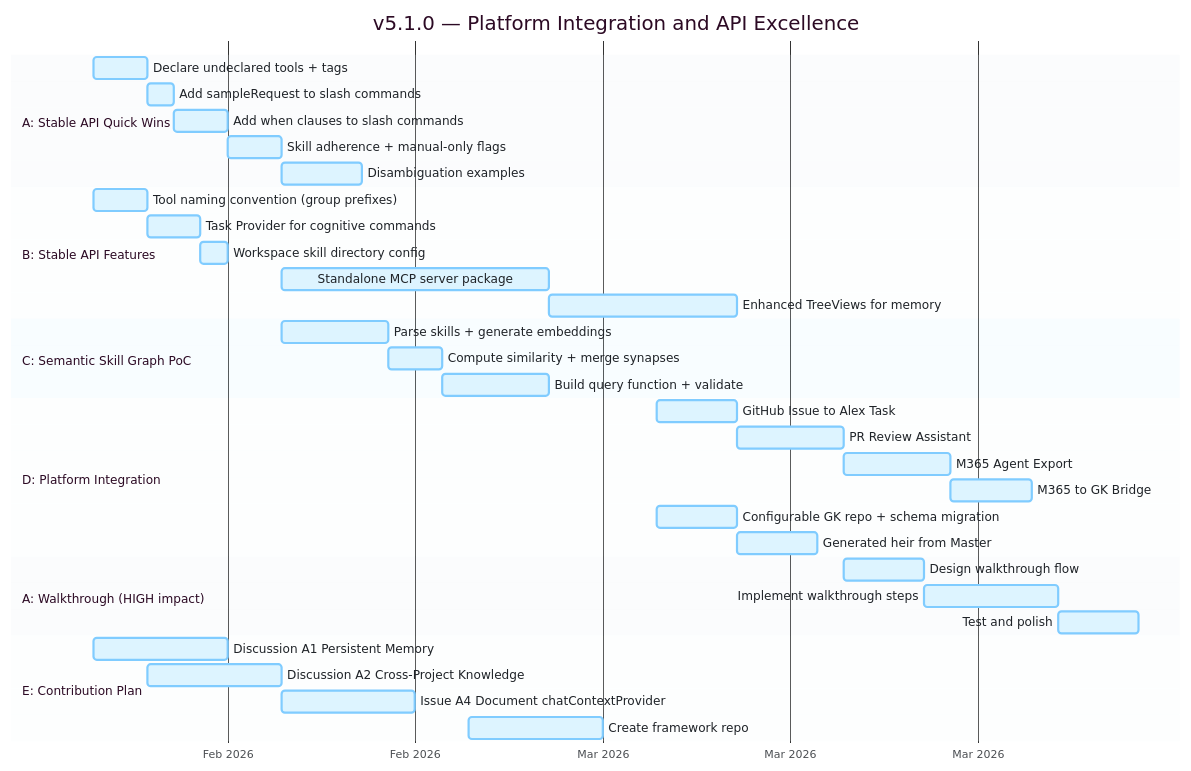
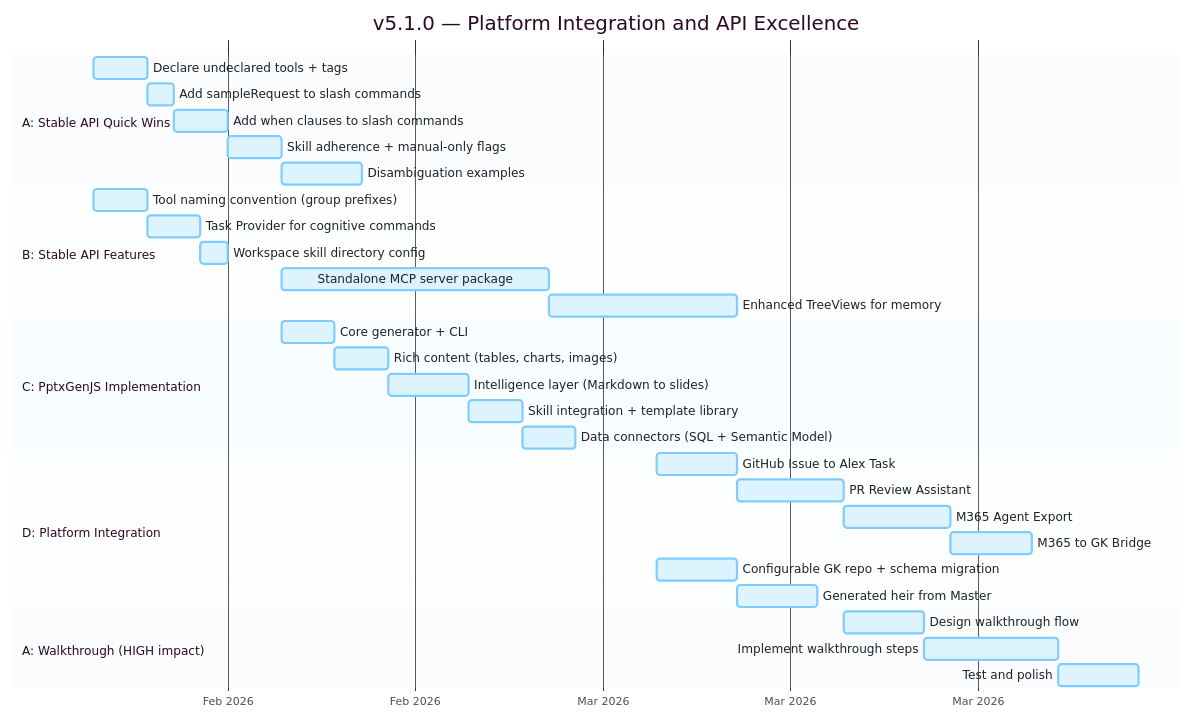
One commit to fabioc-aloha/Alex_Plug_In changed the second of 7 diagrams in ROADMAP-UNIFIED.md. Above: the diagram before and after it, drawn with Mermaid. The commit also changed other lines of this file and 82 other files, not shown here.

````diff
--- a/ROADMAP-UNIFIED.md
+++ b/ROADMAP-UNIFIED.md
@@ -251,45 +280,42 @@
 ```mermaid
 %%{init: {'theme': 'base', 'themeVariables': { 'primaryColor': '#ddf4ff', 'primaryTextColor': '#1f2328', 'primaryBorderColor': '#80ccff', 'secondaryColor': '#fff8c5', 'tertiaryColor': '#d3f5db', 'lineColor': '#57606a', 'taskTextColor': '#1f2328', 'sectionBkgColor': '#eaeef2', 'altSectionBkgColor': '#f6f8fa', 'gridColor': '#d0d7de', 'doneColor': '#d3f5db', 'activeColor': '#fff8c5', 'critColor': '#ffebe9'}}}%%
 gantt
     title v5.1.0 — Platform Integration and API Excellence
     dateFormat YYYY-MM-DD
     axisFormat %b %Y
 
     section A: Stable API Quick Wins
     Declare undeclared tools + tags          :a1, 2026-02-10, 2d
     Add sampleRequest to slash commands      :a2, after a1, 1d
     Add when clauses to slash commands       :a3, after a2, 2d
     Skill adherence + manual-only flags      :a4, after a3, 2d
     Disambiguation examples                  :a5, after a4, 3d
 
     section B: Stable API Features
     Tool naming convention (group prefixes)  :b1, 2026-02-10, 2d
     Task Provider for cognitive commands     :b2, after b1, 2d
     Workspace skill directory config         :b3, after b2, 1d
     Standalone MCP server package            :b4, 2026-02-17, 10d
     Enhanced TreeViews for memory            :b5, after b4, 7d
 
-    section C: Semantic Skill Graph PoC
-    Parse skills + generate embeddings       :c1, 2026-02-17, 4d
-    Compute similarity + merge synapses      :c2, after c1, 2d
-    Build query function + validate          :c3, after c2, 4d
+    section C: PptxGenJS Implementation
+    Core generator + CLI                     :c1, 2026-02-17, 2d
+    Rich content (tables, charts, images)    :c2, after c1, 2d
+    Intelligence layer (Markdown to slides)  :c3, after c2, 3d
+    Skill integration + template library     :c4, after c3, 2d
+    Data connectors (SQL + Semantic Model)   :c5, after c4, 2d
 
     section D: Platform Integration
     GitHub Issue to Alex Task                :d1, 2026-03-03, 3d
     PR Review Assistant                      :d2, after d1, 4d
     M365 Agent Export                        :d3, after d2, 4d
     M365 to GK Bridge                       :d4, after d3, 3d
     Configurable GK repo + schema migration  :d5, 2026-03-03, 3d
     Generated heir from Master               :d6, after d5, 3d
 
     section A: Walkthrough (HIGH impact)
     Design walkthrough flow                  :w1, 2026-03-10, 3d
     Implement walkthrough steps              :w2, after w1, 5d
     Test and polish                          :w3, after w2, 3d
 
-    section E: Contribution Plan
-    Discussion A1 Persistent Memory          :e1, 2026-02-10, 5d
-    Discussion A2 Cross-Project Knowledge    :e2, 2026-02-12, 5d
-    Issue A4 Document chatContextProvider    :e3, 2026-02-17, 5d
-    Create framework repo                   :e4, 2026-02-24, 5d
 ```
````
